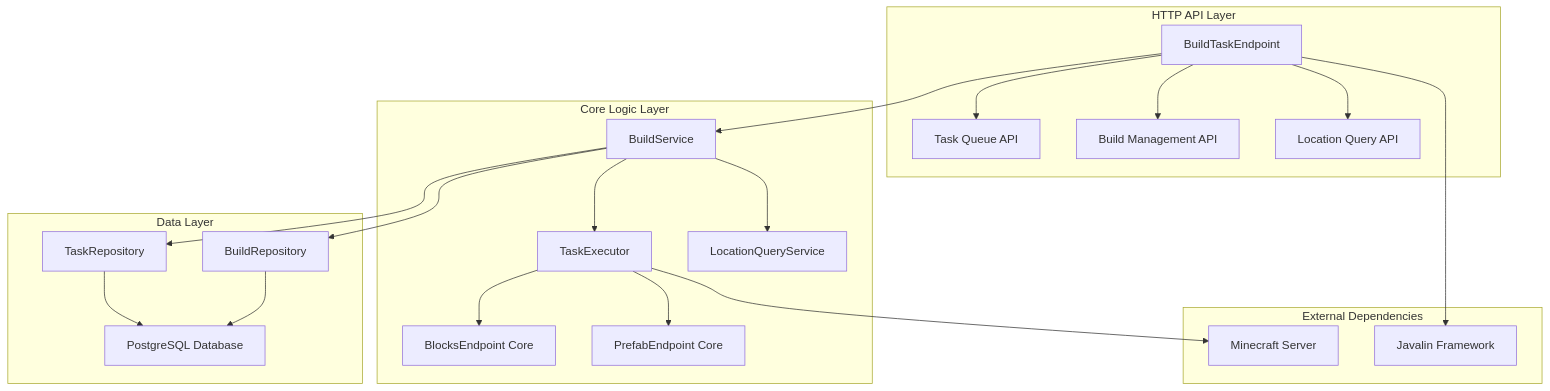
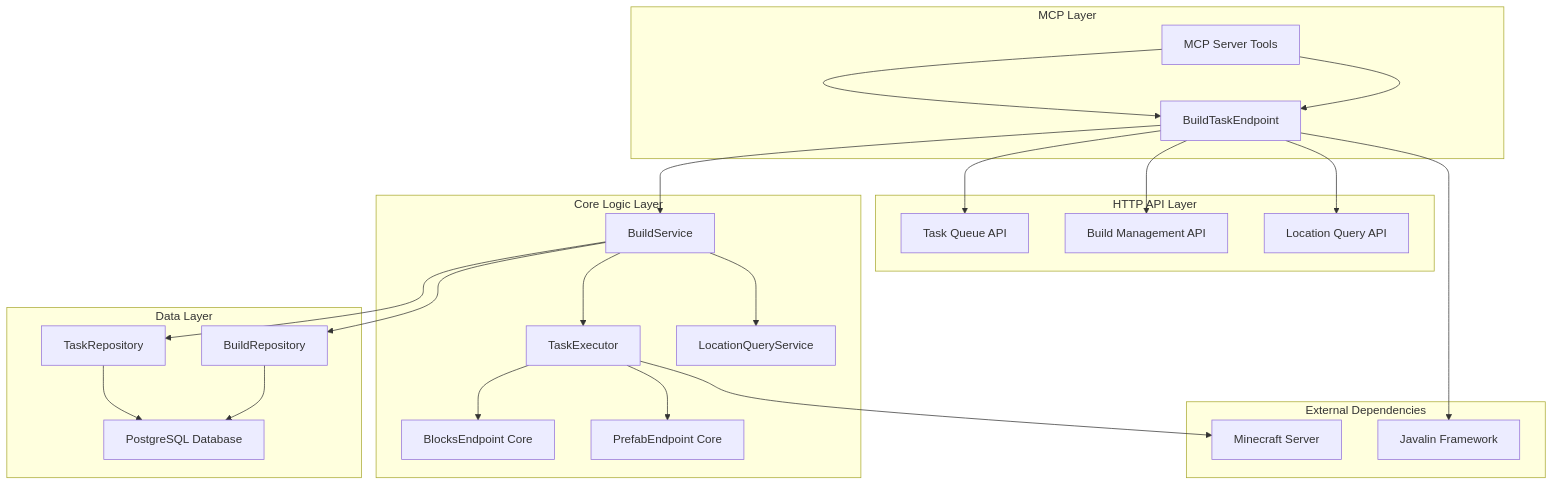
The diagram in .kiro/specs/build-task-management/design.md (wmill/minecraft-api-mcp), drawn with Mermaid before and after one commit. The commit also changed other lines of this file and 4 other files, not shown here.

````diff
--- a/.kiro/specs/build-task-management/design.md
+++ b/.kiro/specs/build-task-management/design.md
@@ -13,31 +13,36 @@
 ```mermaid
 graph TB
+    subgraph "MCP Layer"
+        MCP[MCP Server Tools] --> A
+    end
+    
     subgraph "HTTP API Layer"
         A[BuildTaskEndpoint] --> B[Task Queue API]
         A --> C[Build Management API]
         A --> D[Location Query API]
     end
     
     subgraph "Core Logic Layer"
         E[BuildService] --> F[TaskExecutor]
         E --> G[LocationQueryService]
         F --> H[BlocksEndpoint Core]
         F --> I[PrefabEndpoint Core]
     end
     
     subgraph "Data Layer"
         J[BuildRepository] --> K[PostgreSQL Database]
         L[TaskRepository] --> K
     end
     
     subgraph "External Dependencies"
         M[Minecraft Server]
         N[Javalin Framework]
     end
     
+    MCP --> A
     A --> E
     E --> J
     E --> L
     F --> M
     A --> N
 ```
````
